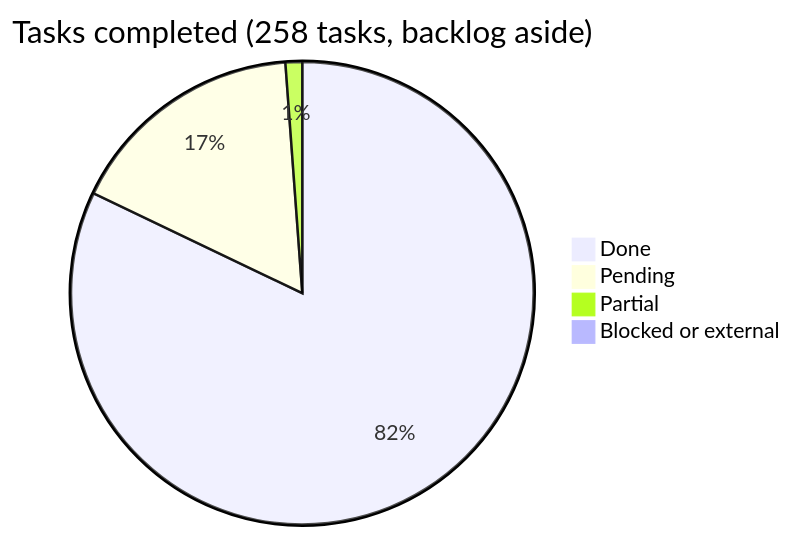
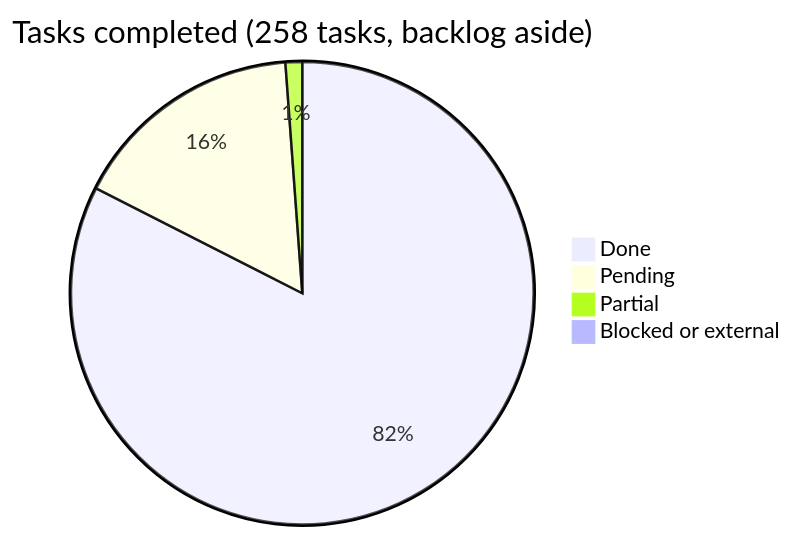
One commit to araguaney-org/araguaney-app changed the diagram in docs/roadmap/README.md. Above: the diagram before and after it, drawn with Mermaid. The commit also changed other lines of this file and 8 other files, not shown here.

````diff
--- a/docs/roadmap/README.md
+++ b/docs/roadmap/README.md
@@ -43,7 +43,7 @@
 ```mermaid
 pie title Tasks completed (258 tasks, backlog aside)
-    "Done" : 211
-    "Pending" : 43
+    "Done" : 212
+    "Pending" : 42
     "Partial" : 3
     "Blocked or external" : 1
 ```
````
